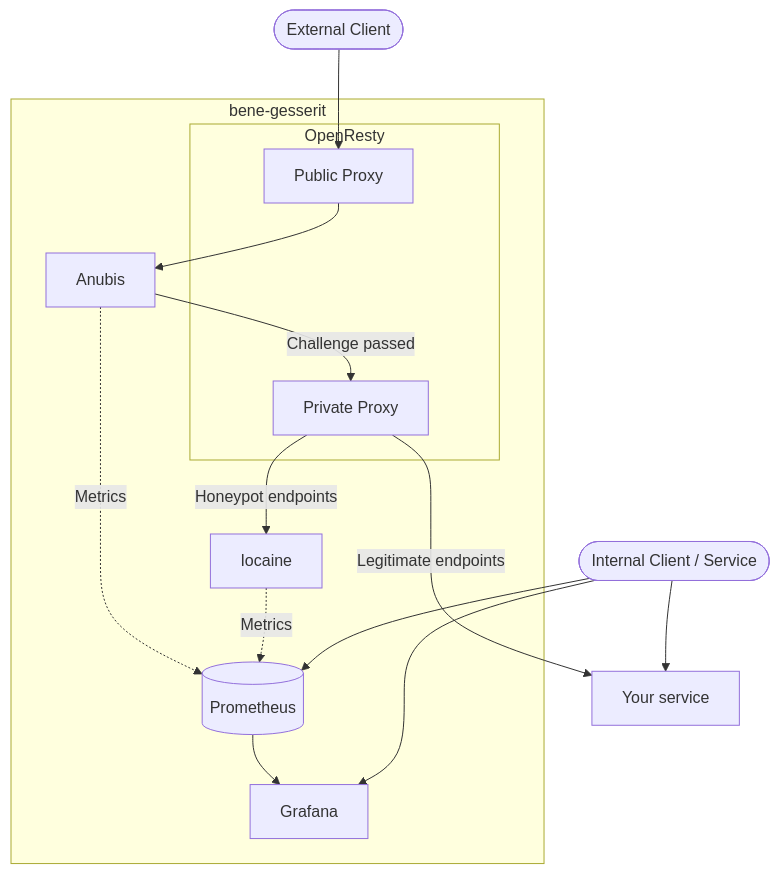
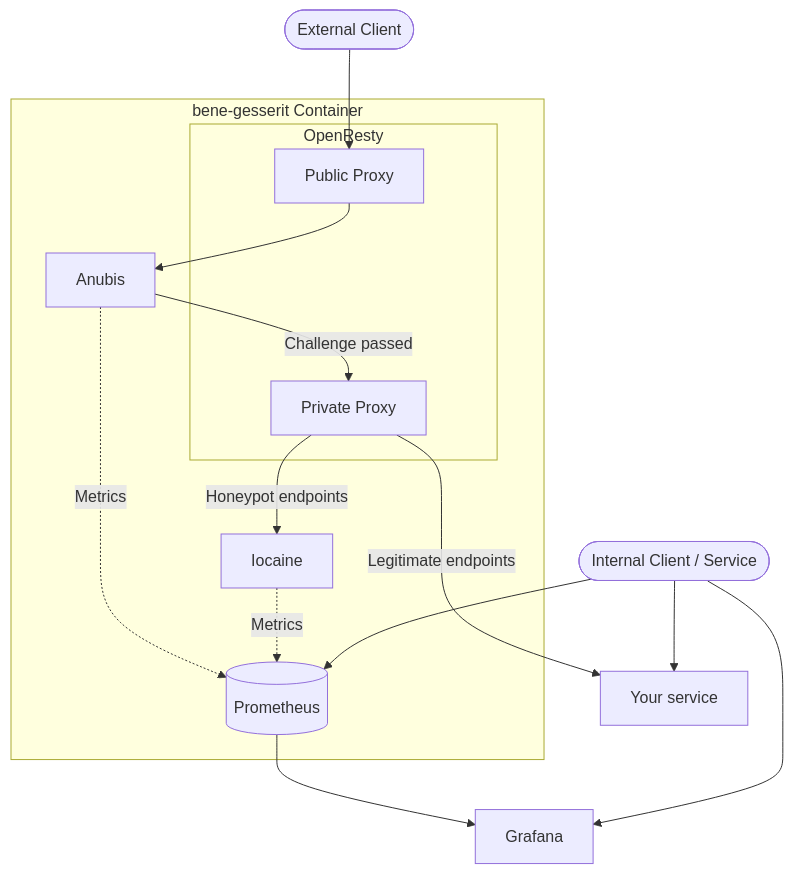
The diagram in README.md (cptlobster/bene-gesserit), drawn with Mermaid before and after one commit. The commit also changed other lines of this file and 5 other files, not shown here.

````diff
--- a/README.md
+++ b/README.md
@@ -66,32 +67,32 @@
 ```mermaid
 graph TD
     EXT([External Client])
     INT([Internal Client / Service])
 
-    subgraph BG[bene-gesserit]
+    subgraph BG[bene-gesserit Container]
         ANU[Anubis]
         OPR[OpenRESTy]
         subgraph OPR[OpenResty]
             PUB[Public Proxy]
             PRV[Private Proxy]
         end
         IOC[Iocaine]
 
         PROM[(Prometheus)]
-        GRF[Grafana]
     end
 
     SVC[Your service]
+    GRF[Grafana]
 
     EXT --> PUB
     PUB --> ANU
     INT --> SVC
     ANU -->|Challenge passed| PRV
     PRV -->|Legitimate endpoints| SVC
     PRV -->|Honeypot endpoints| IOC
 
     ANU & IOC -.->|Metrics| PROM
     PROM --> GRF
     INT --> GRF
     INT --> PROM
 ```
````
